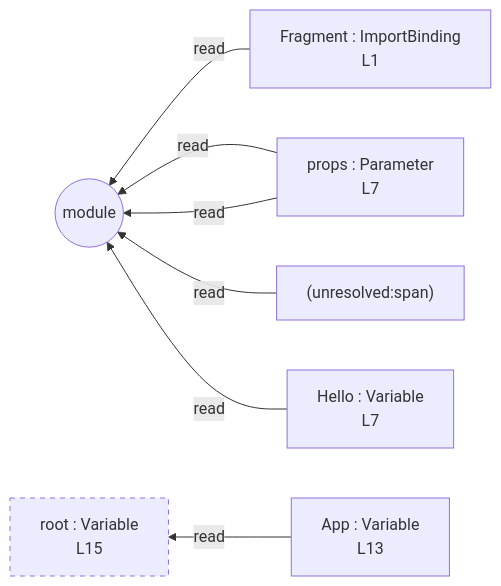
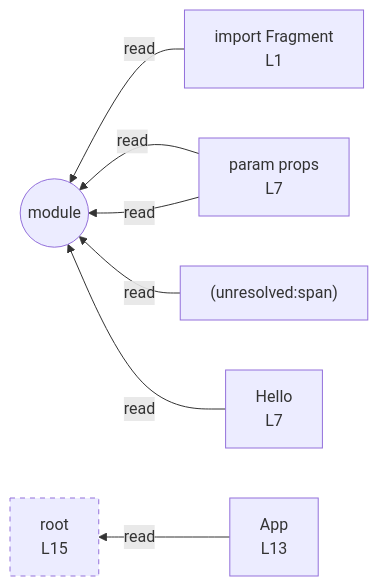
The diagram in integration/fixtures/jsx-component/preview.md (crescware/unsnarl), drawn with Mermaid before and after one commit. The commit also changed 27 other files, not shown here.

First line of the commit message:
refactor(mermaid): drop ": Variable" noise, decorate kinds inline

````diff
--- a/integration/fixtures/jsx-component/preview.md
+++ b/integration/fixtures/jsx-component/preview.md
@@ -25,18 +25,18 @@
 ```mermaid
 flowchart RL
-  n_scope_0_Fragment_9["Fragment : ImportBinding<br/>L1"]
-  n_scope_0_Hello_79["Hello : Variable<br/>L7"]
-  n_scope_0_App_196["App : Variable<br/>L13"]
-  n_scope_0_root_237["root : Variable<br/>L15"]
+  n_scope_0_Fragment_9["import Fragment<br/>L1"]
+  n_scope_0_Hello_79["Hello<br/>L7"]
+  n_scope_0_App_196["App<br/>L13"]
+  n_scope_0_root_237["root<br/>L15"]
   n_scope_0_span_125["(unresolved:span)"]
-  n_scope_1_props_88["props : Parameter<br/>L7"]
+  n_scope_1_props_88["param props<br/>L7"]
   n_scope_1_props_88 -->|read| module_root
   n_scope_0_Fragment_9 -->|read| module_root
   n_scope_0_span_125 -->|read| module_root
   n_scope_1_props_88 -->|read| module_root
   n_scope_0_Hello_79 -->|read| module_root
   n_scope_0_App_196 -->|read| n_scope_0_root_237
   module_root((module))
   classDef unused stroke-dasharray: 5 5;
   class n_scope_0_root_237 unused;
 ```
````
